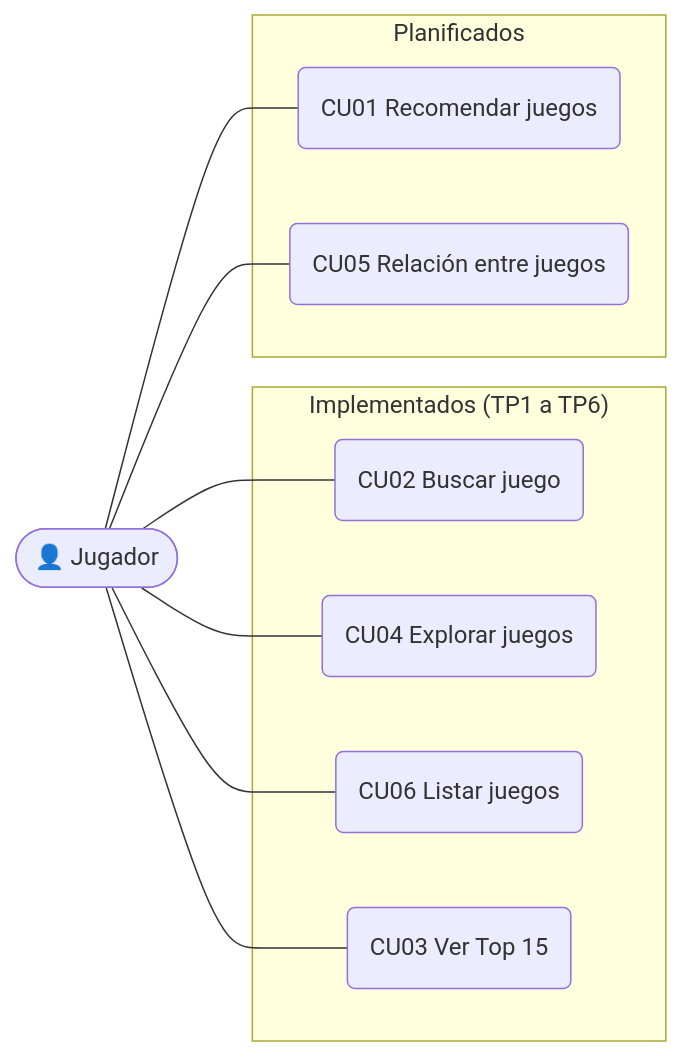
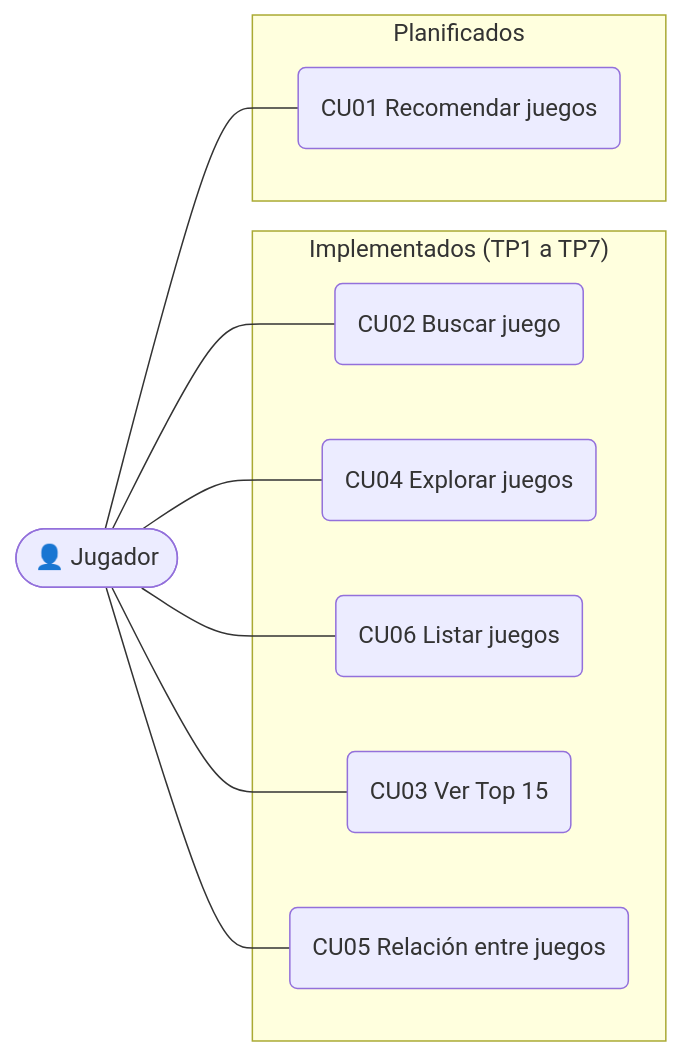
The diagram in docs/02_casos_de_uso.md (Dasein369/tpi_edd2026_recomendador), drawn with Mermaid before and after one commit. The commit also changed other lines of this file and 13 other files, not shown here.

````diff
--- a/docs/02_casos_de_uso.md
+++ b/docs/02_casos_de_uso.md
@@ -5,23 +5,23 @@
 ```mermaid
 flowchart LR
     U([👤 Jugador])
 
-    subgraph impl["Implementados (TP1 a TP6)"]
+    subgraph impl["Implementados (TP1 a TP7)"]
         CU02(CU02 Buscar juego)
         CU04(CU04 Explorar juegos)
         CU06(CU06 Listar juegos)
         CU03(CU03 Ver Top 15)
+        CU05(CU05 Relación entre juegos)
     end
 
     subgraph plan["Planificados"]
         CU01(CU01 Recomendar juegos)
-        CU05(CU05 Relación entre juegos)
     end
 
     U --- CU01
     U --- CU02
     U --- CU03
     U --- CU04
     U --- CU05
     U --- CU06
 ```
````
